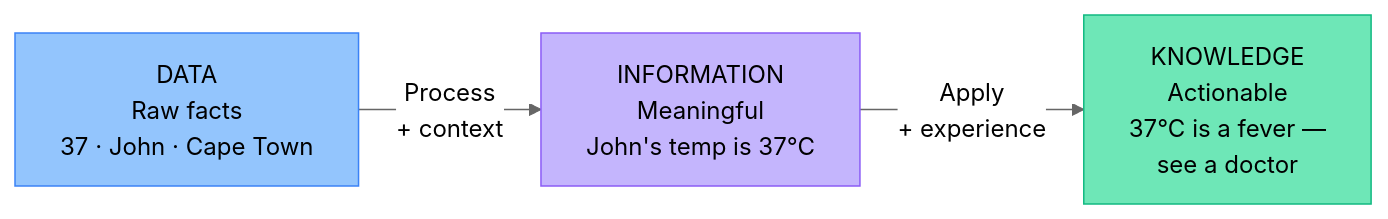
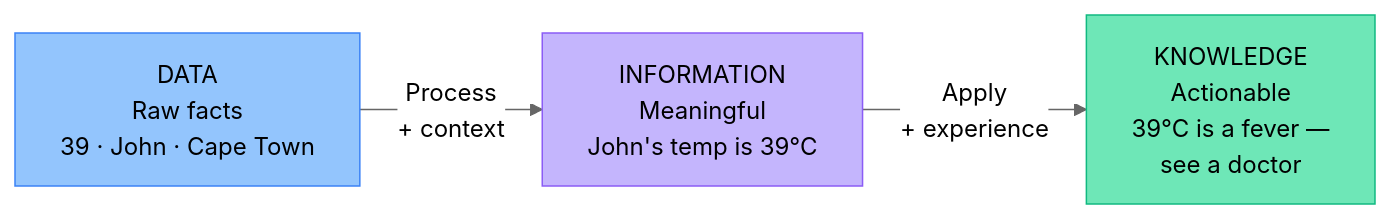
Before and after one commit to MrCooksIT/it-gateway: the second of 2 diagrams in docs/theory/systems/what-is-computing.md, drawn with Mermaid (neutral theme). The commit also changed other lines of this file and 6 other files, not shown here.

````diff
--- a/docs/theory/systems/what-is-computing.md
+++ b/docs/theory/systems/what-is-computing.md
@@ -72,8 +72,8 @@
 ```mermaid
 flowchart LR
-    D["DATA\nRaw facts\n37 · John · Cape Town"] -->|"Process\n+ context"| I["INFORMATION\nMeaningful\nJohn's temp is 37°C"]
-    I -->|"Apply\n+ experience"| K["KNOWLEDGE\nActionable\n37°C is a fever —\nsee a doctor"]
+    D["DATA\nRaw facts\n39 · John · Cape Town"] -->|"Process\n+ context"| I["INFORMATION\nMeaningful\nJohn's temp is 39°C"]
+    I -->|"Apply\n+ experience"| K["KNOWLEDGE\nActionable\n39°C is a fever —\nsee a doctor"]
     style D fill:#93c5fd,stroke:#3b82f6,color:#000
     style I fill:#c4b5fd,stroke:#8b5cf6,color:#000
     style K fill:#6ee7b7,stroke:#10b981,color:#000
 ```
````
